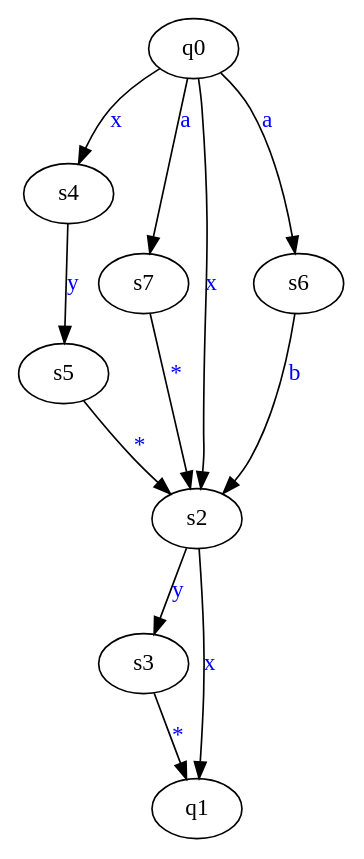
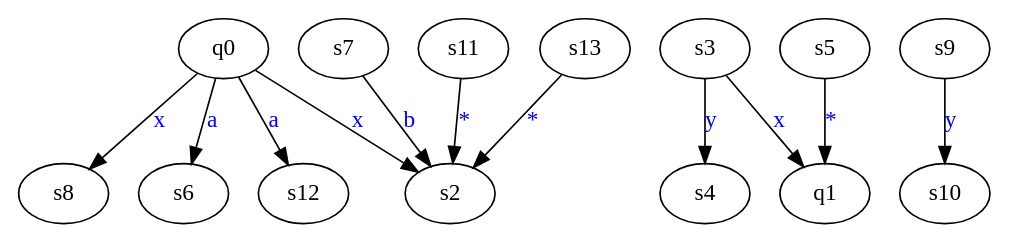
One commit to SmartPhoneJava/compiler-design changed the diagram in assets/v1.dot. Above: the diagram before and after it, drawn with Graphviz. The commit also changed 29 other files, not shown here.

```diff
--- a/assets/v1.dot
+++ b/assets/v1.dot
@@ -1,22 +1,28 @@
 digraph G {
-	q0->s4[ label=<<font color="blue">x</font>> ];
-	s3->q1[ label=<<font color="blue">*</font>> ];
-	q0->s7[ label=<<font color="blue">a</font>> ];
-	s4->s5[ label=<<font color="blue">y</font>> ];
-	s5->s2[ label=<<font color="blue">*</font>> ];
-	s6->s2[ label=<<font color="blue">b</font>> ];
-	s7->s2[ label=<<font color="blue">*</font>> ];
-	q0->s2[ label=<<font color="blue">x</font>> ];
-	s2->q1[ label=<<font color="blue">x</font>> ];
-	s2->s3[ label=<<font color="blue">y</font>> ];
-	q0->s6[ label=<<font color="blue">a</font>> ];
-	q0;
-	q1;
-	s2;
-	s3;
-	s4;
-	s5;
-	s6;
-	s7;
+	"q0"->"s8"[ label=<<font color="blue">x</font>> ];
+	"s3"->"s4"[ label=<<font color="blue">y</font>> ];
+	"s5"->"q1"[ label=<<font color="blue">*</font>> ];
+	"q0"->"s6"[ label=<<font color="blue">a</font>> ];
+	"q0"->"s2"[ label=<<font color="blue">x</font>> ];
+	"s3"->"q1"[ label=<<font color="blue">x</font>> ];
+	"s7"->"s2"[ label=<<font color="blue">b</font>> ];
+	"s9"->"s10"[ label=<<font color="blue">y</font>> ];
+	"s11"->"s2"[ label=<<font color="blue">*</font>> ];
+	"q0"->"s12"[ label=<<font color="blue">a</font>> ];
+	"s13"->"s2"[ label=<<font color="blue">*</font>> ];
+	"q0";
+	"q1";
+	"s10";
+	"s11";
+	"s12";
+	"s13";
+	"s2";
+	"s3";
+	"s4";
+	"s5";
+	"s6";
+	"s7";
+	"s8";
+	"s9";
 
 }
```
